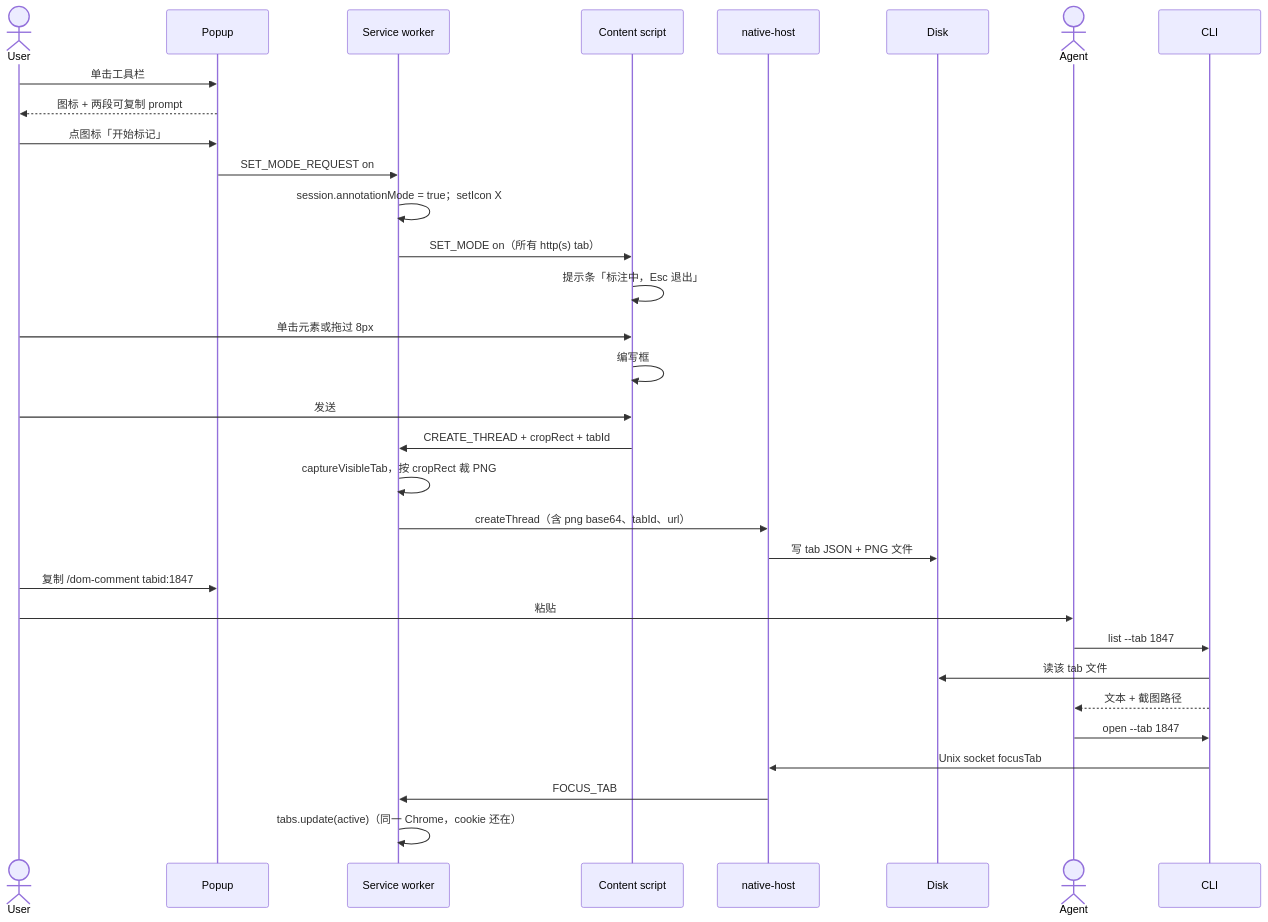
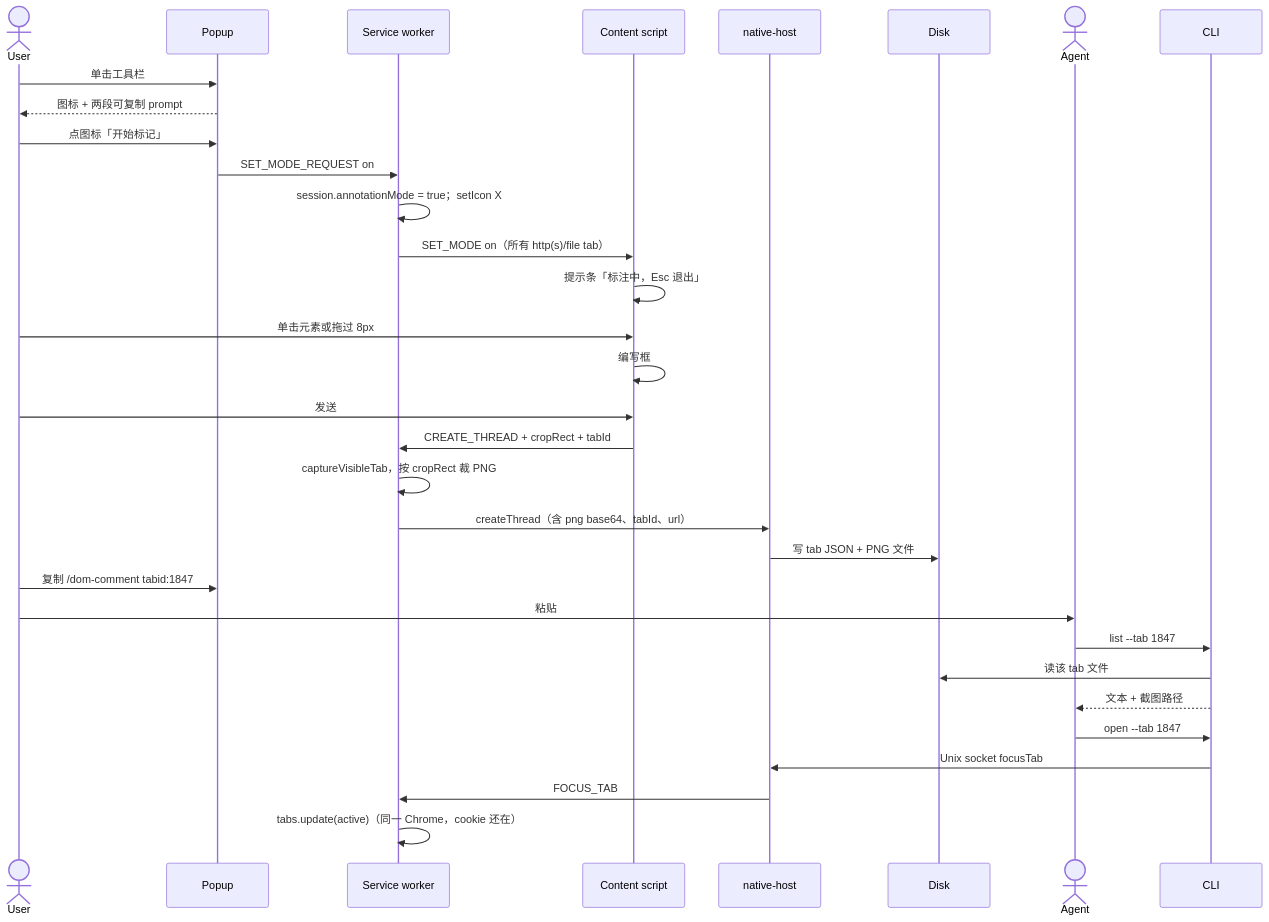
Before and after one commit to HarveyZgit/workbench: the diagram in packages/dom-comment/docs/design.md, drawn with Mermaid. The commit also changed other lines of this file and 10 other files, not shown here.

````diff
--- a/packages/dom-comment/docs/design.md
+++ b/packages/dom-comment/docs/design.md
@@ -130,35 +130,35 @@
 ```mermaid
 sequenceDiagram
   actor User
   participant Popup
   participant SW as Service worker
   participant CS as Content script
   participant Host as native-host
   participant Disk
   actor Agent
   participant CLI
 
   User->>Popup: 单击工具栏
   Popup-->>User: 图标 + 两段可复制 prompt
   User->>Popup: 点图标「开始标记」
   Popup->>SW: SET_MODE_REQUEST on
   SW->>SW: session.annotationMode = true；setIcon X
-  SW->>CS: SET_MODE on（所有 http(s) tab）
+  SW->>CS: SET_MODE on（所有 http(s)/file tab）
   CS->>CS: 提示条「标注中，Esc 退出」
   User->>CS: 单击元素或拖过 8px
   CS->>CS: 编写框
   User->>CS: 发送
   CS->>SW: CREATE_THREAD + cropRect + tabId
   SW->>SW: captureVisibleTab，按 cropRect 裁 PNG
   SW->>Host: createThread（含 png base64、tabId、url）
   Host->>Disk: 写 tab JSON + PNG 文件
   User->>Popup: 复制 /dom-comment tabid:1847
   User->>Agent: 粘贴
   Agent->>CLI: list --tab 1847
   CLI->>Disk: 读该 tab 文件
   CLI-->>Agent: 文本 + 截图路径
   Agent->>CLI: open --tab 1847
   CLI->>Host: Unix socket focusTab
   Host->>SW: FOCUS_TAB
   SW->>SW: tabs.update(active)（同一 Chrome，cookie 还在）
 ```
````
